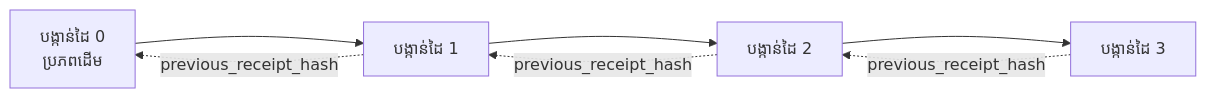
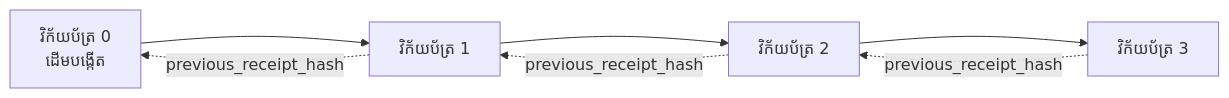
The second of 2 diagrams in mirrors/repos/microsoft@ai-agents-for-beginners/translations/km/18-securing-ai-agents/README.md (gabrielmoreira/agent-skills-mirror), drawn with Mermaid before and after one commit. The commit also changed other lines of this file and 4262 other files, not shown here.

````diff
--- a/mirrors/repos/microsoft@ai-agents-for-beginners/translations/km/18-securing-ai-agents/README.md
+++ b/mirrors/repos/microsoft@ai-agents-for-beginners/translations/km/18-securing-ai-agents/README.md
@@ -206,9 +203,9 @@
 ```mermaid
 flowchart LR
-    R0[បង្កាន់ដៃ 0<br/>ប្រភពដើម] --> R1[បង្កាន់ដៃ 1]
-    R1 --> R2[បង្កាន់ដៃ 2]
-    R2 --> R3[បង្កាន់ដៃ 3]
+    R0[វិក័យប័ត្រ 0<br/>ដើមបង្កើត] --> R1[វិក័យប័ត្រ 1]
+    R1 --> R2[វិក័យប័ត្រ 2]
+    R2 --> R3[វិក័យប័ត្រ 3]
     R1 -. previous_receipt_hash .-> R0
     R2 -. previous_receipt_hash .-> R1
     R3 -. previous_receipt_hash .-> R2
 ```
````
